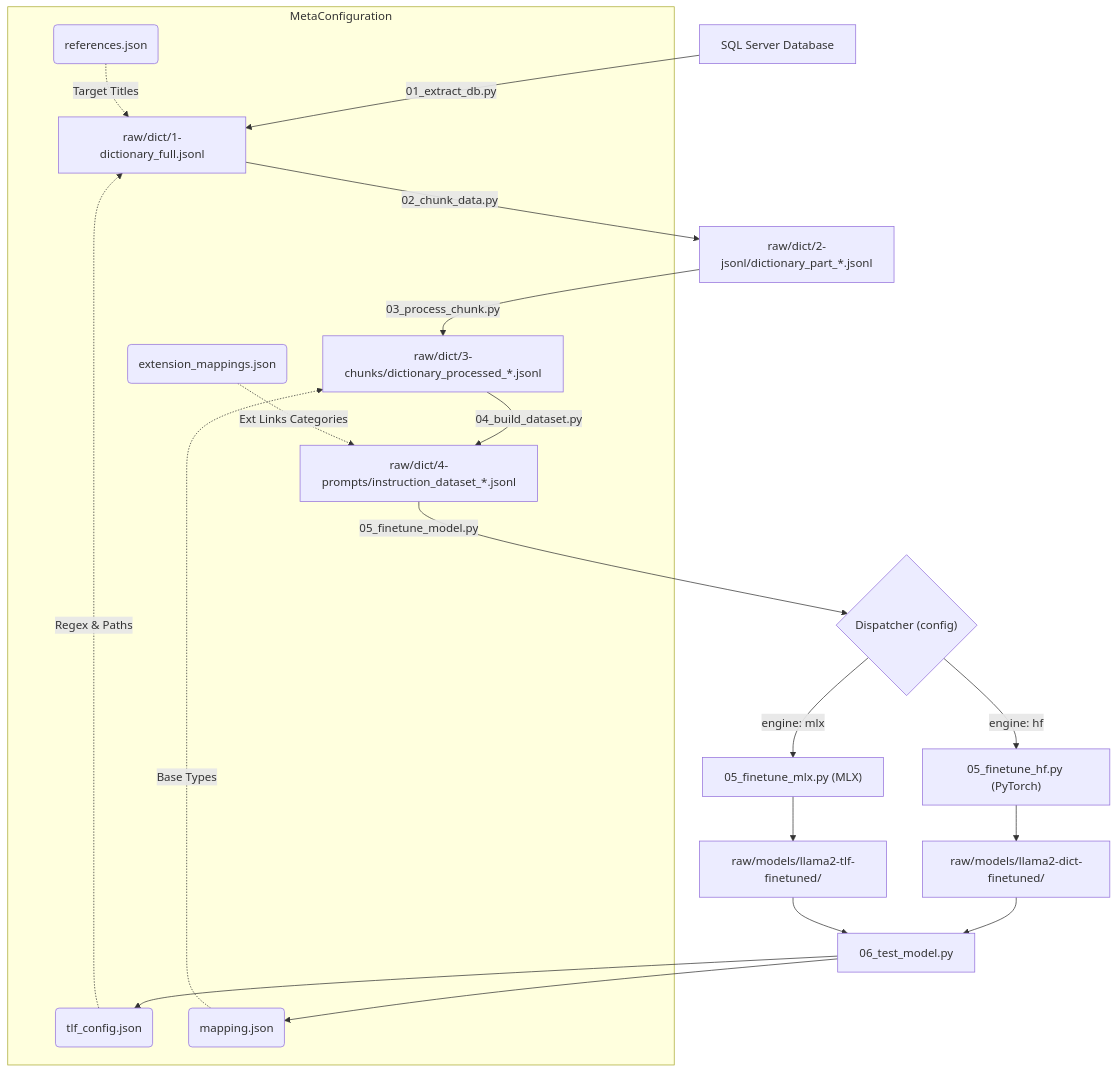
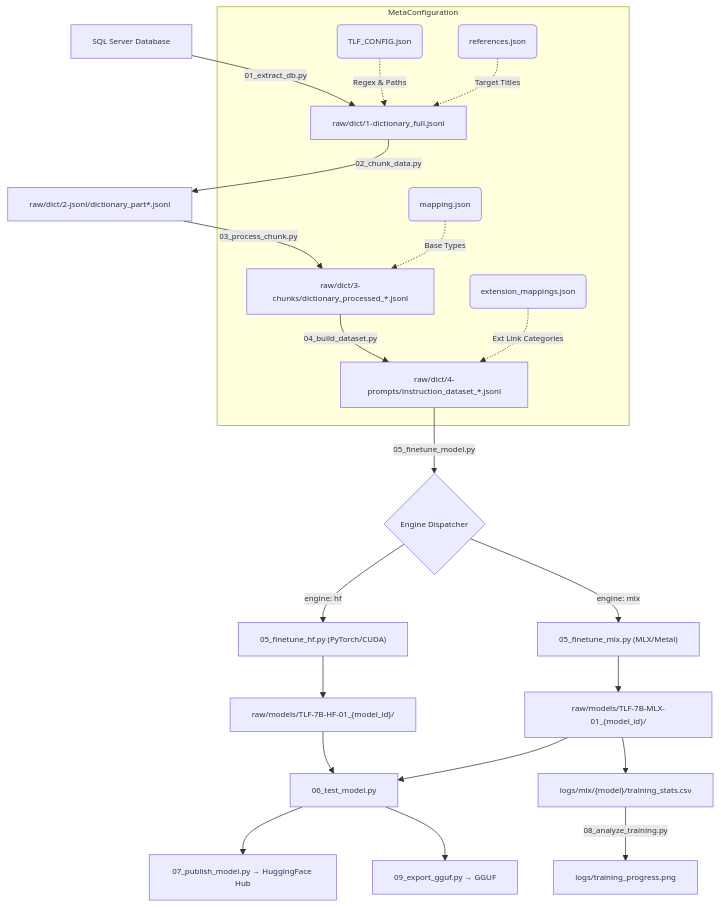
Before and after one commit to assignarc/TLF-LLM-Pipeline: the first of 4 diagrams in README.md, drawn with Mermaid. The commit also changed other lines of this file and 1 other file, not shown here.

````diff
--- a/README.md
+++ b/README.md
@@ -58,23 +34,26 @@
 ```mermaid
+%%{init: {'themeVariables': {'fontSize': '11px'}}}%%
 graph TD
     A["SQL Server Database"] -->|"01_extract_db.py"| B["raw/dict/1-dictionary_full.jsonl"]
-    B -->|"02_chunk_data.py"| C["raw/dict/2-jsonl/dictionary_part_*.jsonl"]
+    B -->|"02_chunk_data.py"| C["raw/dict/2-jsonl/dictionary_part*.jsonl"]
     C -->|"03_process_chunk.py"| D["raw/dict/3-chunks/dictionary_processed_*.jsonl"]
     D -->|"04_build_dataset.py"| E["raw/dict/4-prompts/instruction_dataset_*.jsonl"]
-    E -->|"05_finetune_model.py"| DISP{"Dispatcher (config)"}
-    DISP -->|"engine: hf"| F1["05_finetune_hf.py (PyTorch)"]
-    DISP -->|"engine: mlx"| F2["05_finetune_mlx.py (MLX)"]
-    F1 --> G["raw/models/llama2-dict-finetuned/"]
-    F2 --> H["raw/models/llama2-tlf-finetuned/"]
+    E -->|"05_finetune_model.py"| DISP{"Engine Dispatcher"}
+    DISP -->|"engine: hf"| F1["05_finetune_hf.py (PyTorch/CUDA)"]
+    DISP -->|"engine: mlx"| F2["05_finetune_mlx.py (MLX/Metal)"]
+    F1 --> G["raw/models/TLF-7B-HF-01_{model_id}/"]
+    F2 --> H["raw/models/TLF-7B-MLX-01_{model_id}/"]
     G --> I["06_test_model.py"]
     H --> I
-    I --> J["07_publish_model.py"]
-    I --> K["09_export_gguf.py"]
-    
+    I --> J["07_publish_model.py → HuggingFace Hub"]
+    I --> K["09_export_gguf.py → GGUF"]
+    H --> CSV["logs/mlx/{model}/training_stats.csv"]
+    CSV -->|"08_analyze_training.py"| Plot["logs/training_progress.png"]
+
     subgraph MetaConfiguration
-    J("tlf_config.json") -.-> |"Regex & Paths"| B
-    K("mapping.json") -.-> |"Base Types"| D
-    L("references.json") -.-> |"Target Titles"| B
-    M("extension_mappings.json") -.-> |"Ext Links Categories"| E
+    CFG("TLF_CONFIG.json") -.->|"Regex & Paths"| B
+    MAP("mapping.json") -.->|"Base Types"| D
+    REF("references.json") -.->|"Target Titles"| B
+    EXT("extension_mappings.json") -.->|"Ext Link Categories"| E
     end
 ```
````
